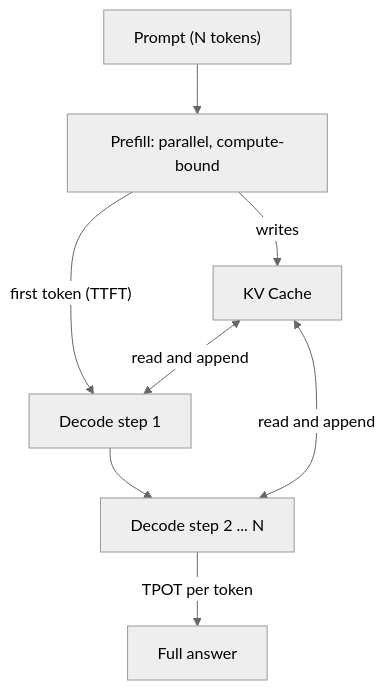
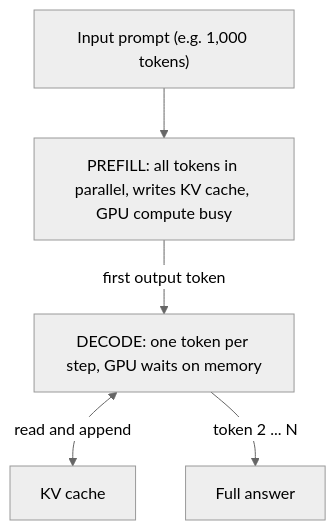
Before and after one commit to kaisarnajar/outcome-school-blogs: the first of 3 diagrams in notes/step-12-llm-inference-engineering/147-prefill-vs-decode-llm-inference-optimization.md, drawn with Mermaid (neutral theme). The commit also changed other lines of this file and 233 other files, not shown here.

````diff
--- a/notes/step-12-llm-inference-engineering/147-prefill-vs-decode-llm-inference-optimization.md
+++ b/notes/step-12-llm-inference-engineering/147-prefill-vs-decode-llm-inference-optimization.md
@@ -56,10 +35,7 @@
 ```mermaid
 flowchart TD
-    A["Prompt (N tokens)"] --> B["Prefill: parallel, compute-bound"]
-    B -->|"writes"| C["KV Cache"]
-    B -->|"first token (TTFT)"| D["Decode step 1"]
-    C <-->|"read and append"| D
-    D --> E["Decode step 2 ... N"]
-    C <-->|"read and append"| E
-    E -->|"TPOT per token"| F["Full answer"]
+    P["Input prompt (e.g. 1,000 tokens)"] --> PF["PREFILL: all tokens in parallel, writes KV cache, GPU compute busy"]
+    PF -->|"first output token"| DC["DECODE: one token per step, GPU waits on memory"]
+    DC <-->|"read and append"| KV["KV cache"]
+    DC -->|"token 2 ... N"| ANS["Full answer"]
 ```
````
